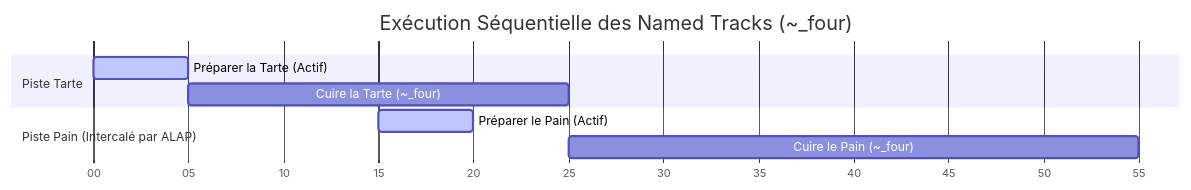
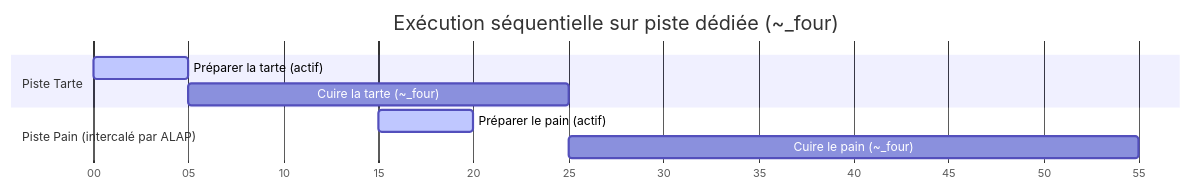
The fifth of 5 diagrams in packages/docs/src/content/docs/fr/docs/explanation/alap-scheduling.mdx (gram-lang/gram), drawn with Mermaid before and after one commit. The commit also changed other lines of this file and 126 other files, not shown here.

````diff
--- a/packages/docs/src/content/docs/fr/docs/explanation/alap-scheduling.mdx
+++ b/packages/docs/src/content/docs/fr/docs/explanation/alap-scheduling.mdx
@@ -153,14 +154,14 @@
 ```mermaid
 gantt
-    title Exécution Séquentielle des Named Tracks (~_four)
+    title Exécution séquentielle sur piste dédiée (~_four)
     dateFormat  m
     axisFormat %M
     
     section Piste Tarte
-    Préparer la Tarte (Actif)         : active, p1, 0, 5m
-    Cuire la Tarte (~_four)           : p2, after p1, 20m
+    Préparer la tarte (actif)         : active, p1, 0, 5m
+    Cuire la tarte (~_four)           : p2, after p1, 20m
     
-    section Piste Pain (Intercalé par ALAP)
-    Préparer le Pain (Actif)          : active, b1, 15, 5m
-    Cuire le Pain (~_four)            : b2, after p2, 30m
+    section Piste Pain (intercalé par ALAP)
+    Préparer le pain (actif)          : active, b1, 15, 5m
+    Cuire le pain (~_four)            : b2, after p2, 30m
 ```
````
